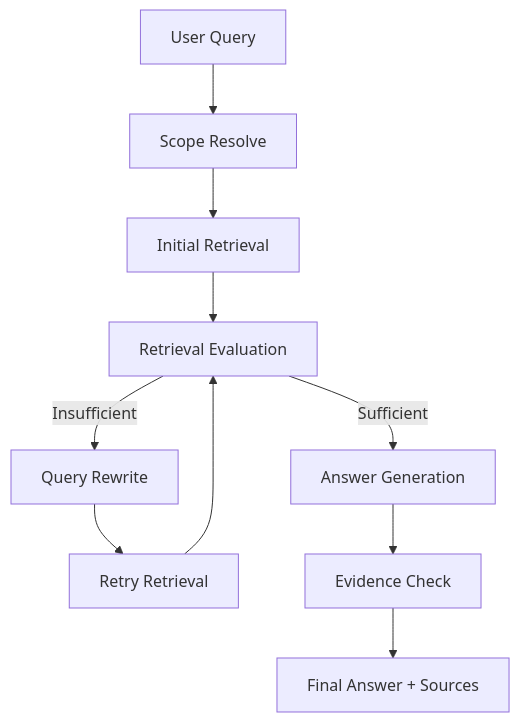
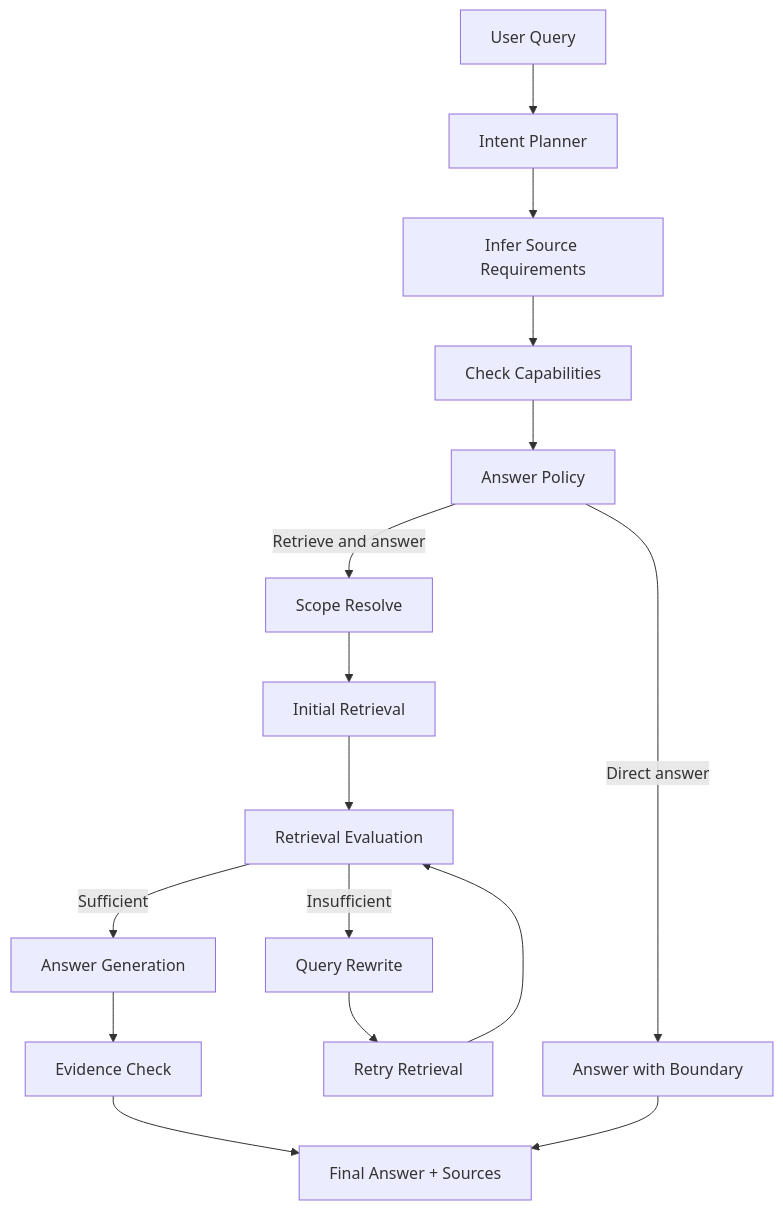
The third of 7 diagrams in README.md (zebir-sir/agentic-rag-paper-assistant), drawn with Mermaid before and after one commit. The commit also changed other lines of this file and 32 other files, not shown here.

````diff
--- a/README.md
+++ b/README.md
@@ -171,12 +213,19 @@
 ```mermaid
 flowchart TD
-    Q[User Query] --> S[Scope Resolve]
+    Q[User Query] --> P[Intent Planner]
+    P --> SR[Infer Source Requirements]
+    SR --> Cap[Check Capabilities]
+    Cap --> Policy[Answer Policy]
+
+    Policy -->|Direct answer| A[Answer with Boundary]
+    Policy -->|Retrieve and answer| S[Scope Resolve]
     S --> R[Initial Retrieval]
     R --> G[Retrieval Evaluation]
-    G -->|Sufficient| A[Answer Generation]
+    G -->|Sufficient| AG[Answer Generation]
     G -->|Insufficient| W[Query Rewrite]
     W --> R2[Retry Retrieval]
     R2 --> G
-    A --> C[Evidence Check]
-    C --> F[Final Answer + Sources]
+    AG --> EC[Evidence Check]
+    EC --> F[Final Answer + Sources]
+    A --> F
 ```
````
